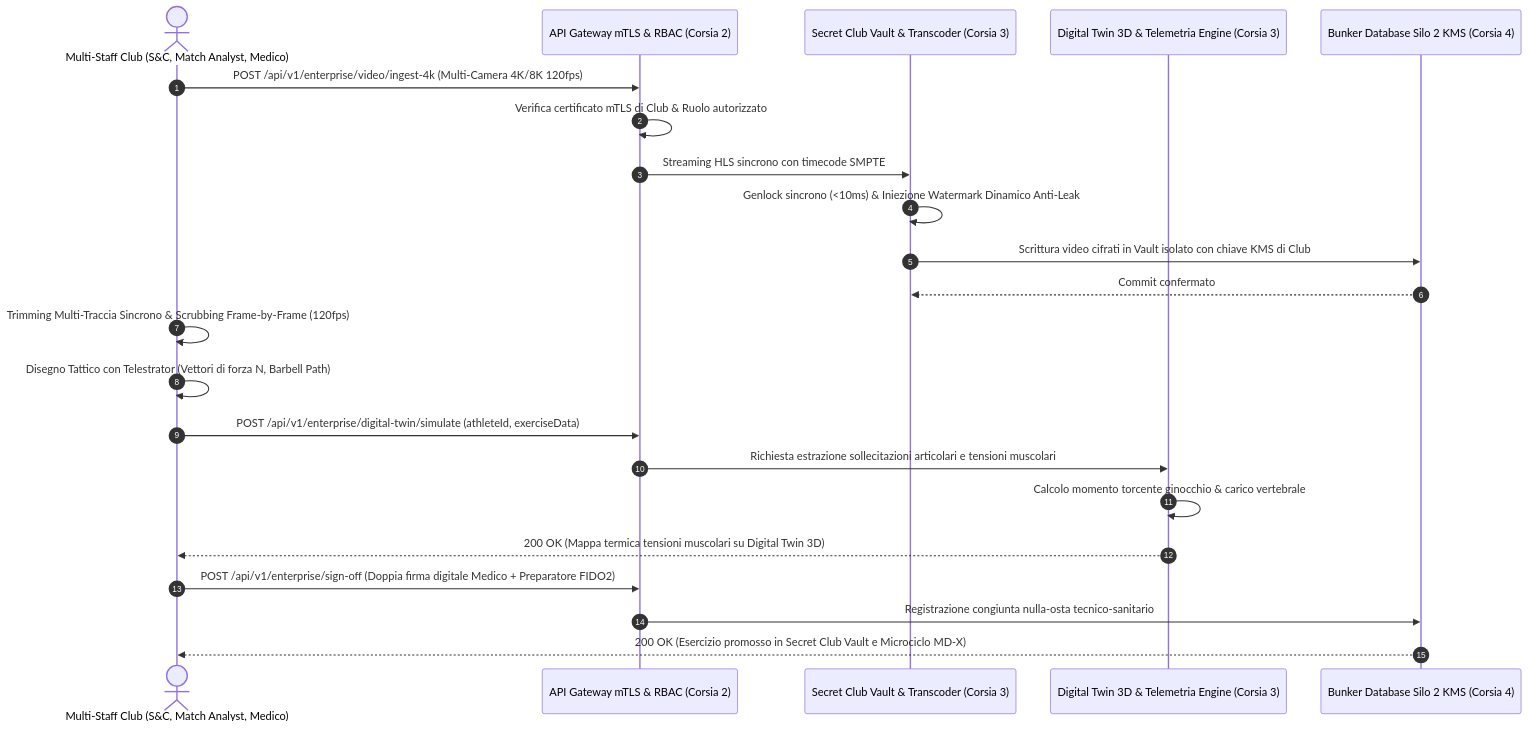
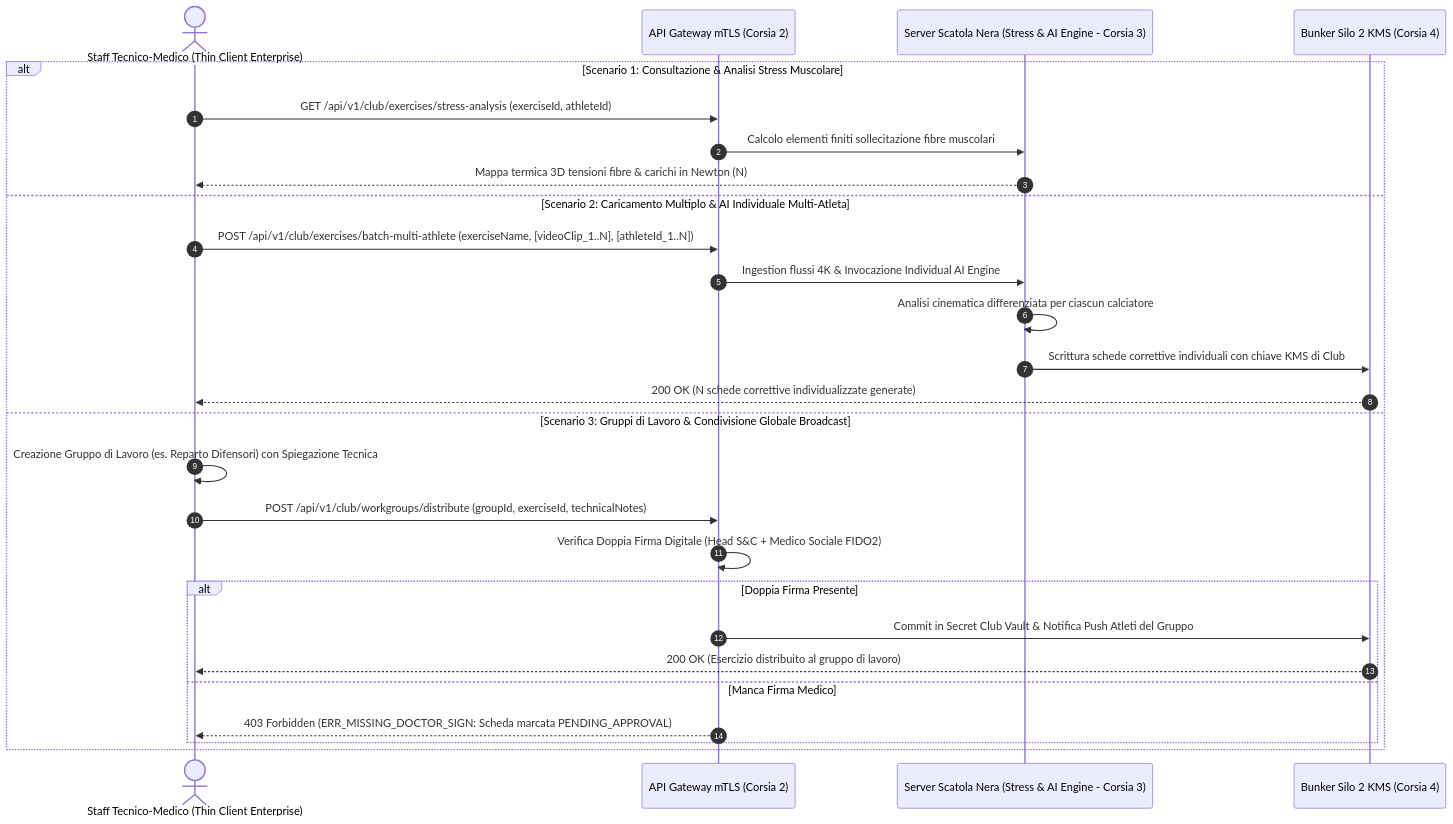
Before and after one commit to sportscience2025-star/Sports-Analytics-Platform---T7-Workout-APP: the diagram in architecture-blueprint/00-capitolato-tecnico-e-glossario/14-software-3-flow-2c-multi-staff-cockpit.md, drawn with Mermaid. The commit also changed other lines of this file and 16 other files, not shown here.

Commit message:
feat(miro): align Col 3 flowcharts #03, #09, #15 to 3-tiers programming specifications and readiness section

````diff
--- a/architecture-blueprint/00-capitolato-tecnico-e-glossario/14-software-3-flow-2c-multi-staff-cockpit.md
+++ b/architecture-blueprint/00-capitolato-tecnico-e-glossario/14-software-3-flow-2c-multi-staff-cockpit.md
@@ -62,28 +65,30 @@
 ```mermaid
 sequenceDiagram
     autonumber
-    actor Staff as Multi-Staff Club (S&C, Match Analyst, Medico)
-    participant GW as API Gateway mTLS & RBAC (Corsia 2)
-    participant VAULT as Secret Club Vault & Transcoder (Corsia 3)
-    participant SIM as Digital Twin 3D & Telemetria Engine (Corsia 3)
-    participant SILO2 as Bunker Database Silo 2 KMS (Corsia 4)
+    actor Staff as Staff Tecnico-Medico (Thin Client Enterprise)
+    participant GW as API Gateway mTLS (Corsia 2)
+    participant ENG as Server Scatola Nera (Stress & AI Engine - Corsia 3)
+    participant SILO2 as Bunker Silo 2 KMS (Corsia 4)
 
-    Staff->>GW: POST /api/v1/enterprise/video/ingest-4k (Multi-Camera 4K/8K 120fps)
-    GW->>GW: Verifica certificato mTLS di Club & Ruolo autorizzato
-    GW->>VAULT: Streaming HLS sincrono con timecode SMPTE
-    VAULT->>VAULT: Genlock sincrono (<10ms) & Iniezione Watermark Dinamico Anti-Leak
-    VAULT->>SILO2: Scrittura video cifrati in Vault isolato con chiave KMS di Club
-    SILO2-->>VAULT: Commit confermato
-    
-    Staff->>Staff: Trimming Multi-Traccia Sincrono & Scrubbing Frame-by-Frame (120fps)
-    Staff->>Staff: Disegno Tattico con Telestrator (Vettori di forza N, Barbell Path)
-    
-    Staff->>GW: POST /api/v1/enterprise/digital-twin/simulate (athleteId, exerciseData)
-    GW->>SIM: Richiesta estrazione sollecitazioni articolari e tensioni muscolari
-    SIM->>SIM: Calcolo momento torcente ginocchio & carico vertebrale
-    SIM-->>Staff: 200 OK (Mappa termica tensioni muscolari su Digital Twin 3D)
-    
-    Staff->>GW: POST /api/v1/enterprise/sign-off (Doppia firma digitale Medico + Preparatore FIDO2)
-    GW->>SILO2: Registrazione congiunta nulla-osta tecnico-sanitario
-    SILO2-->>Staff: 200 OK (Esercizio promosso in Secret Club Vault e Microciclo MD-X)
+    alt Scenario 1: Consultazione & Analisi Stress Muscolare
+        Staff->>GW: GET /api/v1/club/exercises/stress-analysis (exerciseId, athleteId)
+        GW->>ENG: Calcolo elementi finiti sollecitazione fibre muscolari
+        ENG-->>Staff: Mappa termica 3D tensioni fibre & carichi in Newton (N)
+    else Scenario 2: Caricamento Multiplo & AI Individuale Multi-Atleta
+        Staff->>GW: POST /api/v1/club/exercises/batch-multi-athlete (exerciseName, [videoClip_1..N], [athleteId_1..N])
+        GW->>ENG: Ingestion flussi 4K & Invocazione Individual AI Engine
+        ENG->>ENG: Analisi cinematica differenziata per ciascun calciatore
+        ENG->>SILO2: Scrittura schede correttive individuali con chiave KMS di Club
+        SILO2-->>Staff: 200 OK (N schede correttive individualizzate generate)
+    else Scenario 3: Gruppi di Lavoro & Condivisione Globale Broadcast
+        Staff->>Staff: Creazione Gruppo di Lavoro (es. Reparto Difensori) con Spiegazione Tecnica
+        Staff->>GW: POST /api/v1/club/workgroups/distribute (groupId, exerciseId, technicalNotes)
+        GW->>GW: Verifica Doppia Firma Digitale (Head S&C + Medico Sociale FIDO2)
+        alt Doppia Firma Presente
+            GW->>SILO2: Commit in Secret Club Vault & Notifica Push Atleti del Gruppo
+            SILO2-->>Staff: 200 OK (Esercizio distribuito al gruppo di lavoro)
+        else Manca Firma Medico
+            GW-->>Staff: 403 Forbidden (ERR_MISSING_DOCTOR_SIGN: Scheda marcata PENDING_APPROVAL)
+        end
+    end
 ```
````
